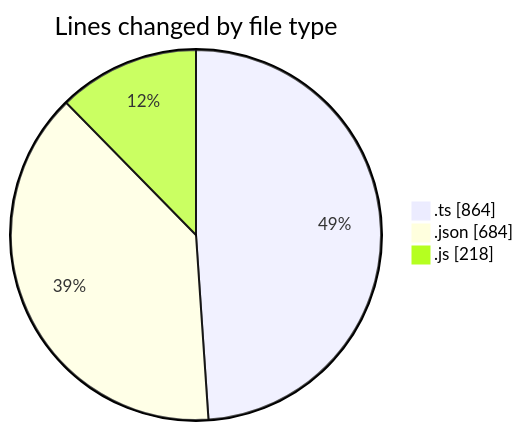
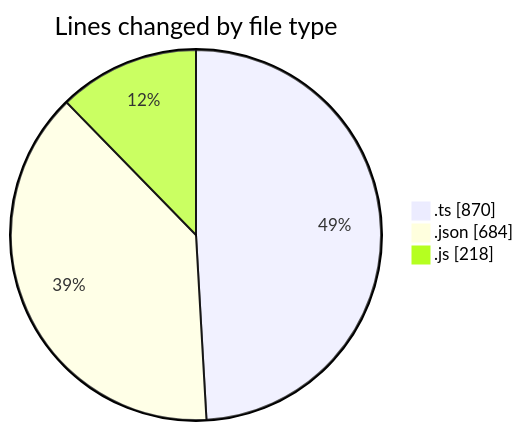
One commit to EIIisD/code-tracking changed the first of 2 diagrams in 2025-08-26/mcp-web/README.md. Above: the diagram before and after it, drawn with Mermaid. The commit also changed other lines of this file and 1 other file, not shown here.

````diff
--- a/2025-08-26/mcp-web/README.md
+++ b/2025-08-26/mcp-web/README.md
@@ -27,7 +27,7 @@
 ```mermaid
 pie showData
 title Lines changed by file type
-".ts" : 864
+".ts" : 870
 ".json" : 684
 ".js" : 218
 ```
````
